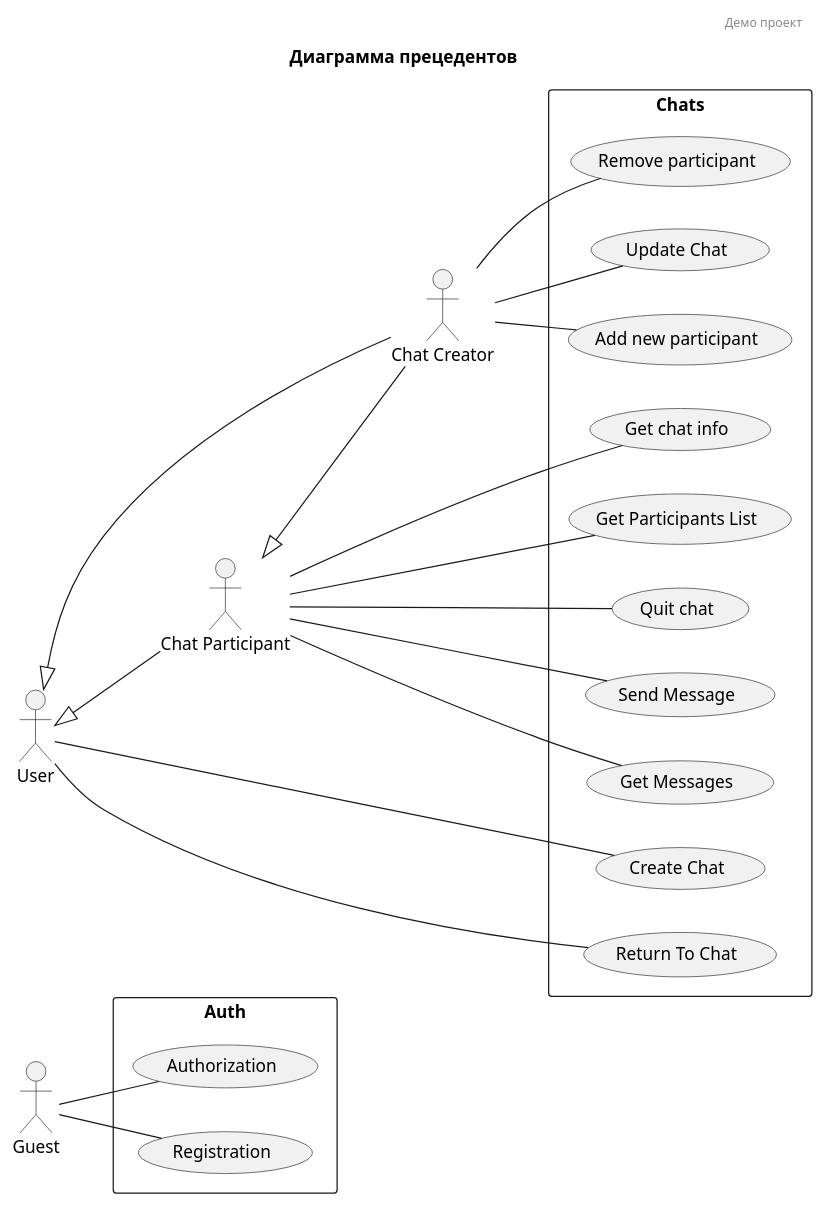
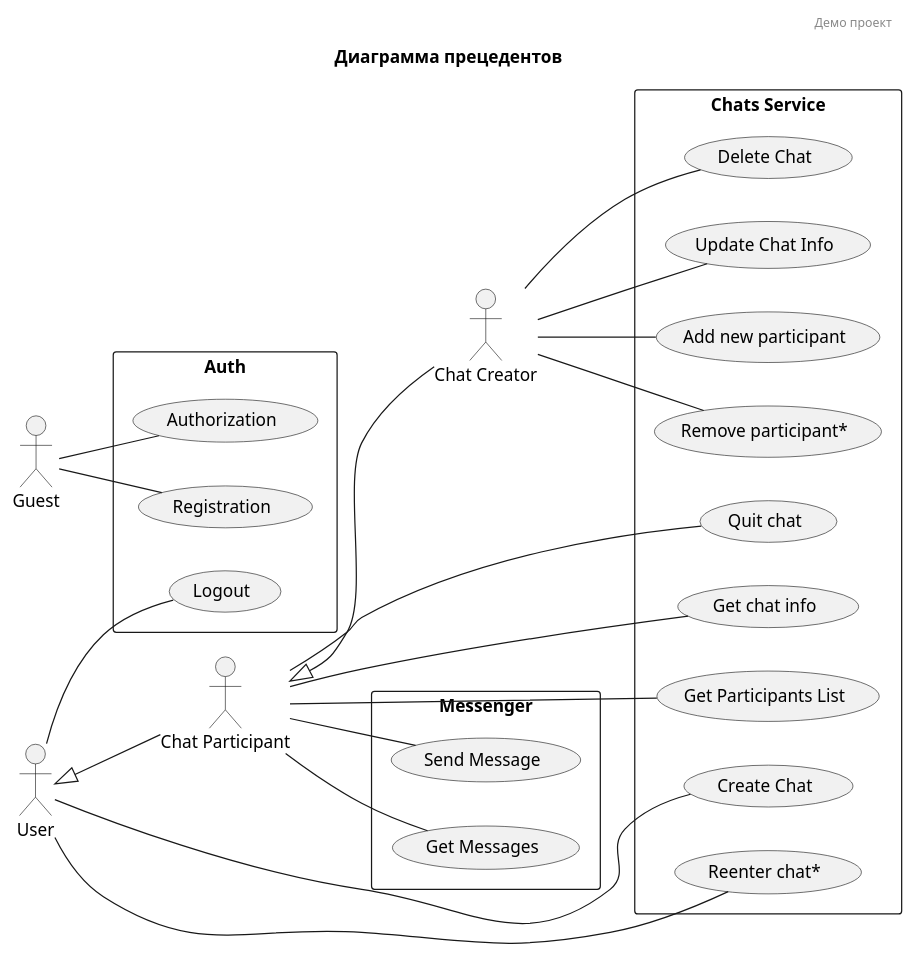
One commit to Rinsarz/module_1_project changed the diagram in docs/precedents.puml. Above: the diagram before and after it, drawn with PlantUML. The commit also changed 18 other files, not shown here.

```diff
--- a/docs/precedents.puml
+++ b/docs/precedents.puml
@@ -1,56 +1,66 @@
 @startuml
 
 header Демо проект
 title Диаграмма прецедентов
 
 left to right direction
 
 
 
 rectangle "Auth" {
   usecase "Authorization" as authorization
   usecase "Registration" as registration
+  usecase "Logout" as logout
 }
 
-rectangle "Chats" {
+rectangle "Chats Service" {
+  usecase "Quit chat" as quit_chat
   usecase "Create Chat" as create_chat
-  usecase "Update Chat" as update_chat
+  usecase "Update Chat Info" as update_chat
   usecase "Get chat info" as get_chat_info
   usecase "Get Participants List" as get_participants_list
   usecase "Add new participant" as add_new_participant
-  usecase "Remove participant" as remove_participant
-  usecase "Quit chat" as quit_chat
+  usecase "Remove participant*" as remove_participant
+  usecase "Reenter chat*" as reenter_chat
+  usecase "Delete Chat" as delete_chat
+'  usecase "Get Messages" as get_messages
+'  usecase "Send Message" as send_message
+}
+
+rectangle "Messenger" {
   usecase "Send Message" as send_message
   usecase "Get Messages" as get_messages
-  usecase "Return To Chat" as return_to_chat
+
 }
 
 
 actor "Guest" as guest
 guest -- authorization
 guest -- registration
 
 actor "User" as user
 user -- create_chat
-user -- return_to_chat
+user -- logout
+user -- reenter_chat
 
 actor "Chat Creator" as chat_creator
 chat_creator -- update_chat
 chat_creator -- add_new_participant
 chat_creator -- remove_participant
+chat_creator -- delete_chat
 
 actor "Chat Participant" as chat_participant
 chat_participant -- get_chat_info
 chat_participant -- get_participants_list
 chat_participant -- quit_chat
 chat_participant -- send_message
 chat_participant -- get_messages
 
-user <|-- chat_creator
+'user <|-- chat_creator
 chat_participant <|-- chat_creator
 user <|-- chat_participant
 
 
 
 
 @enduml
```
